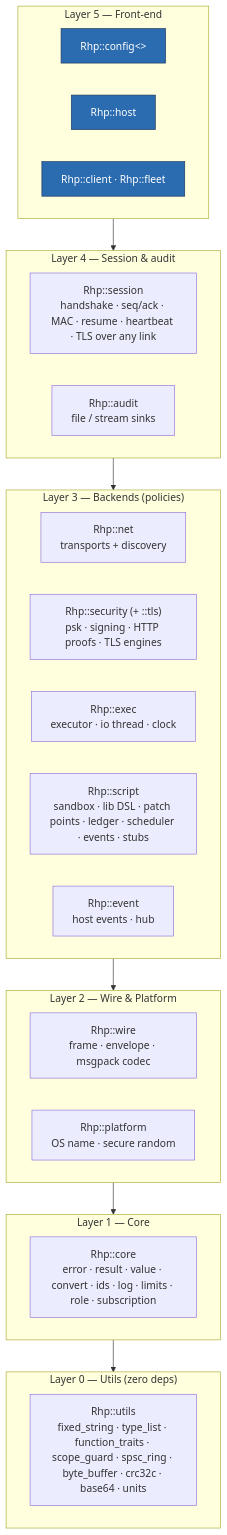
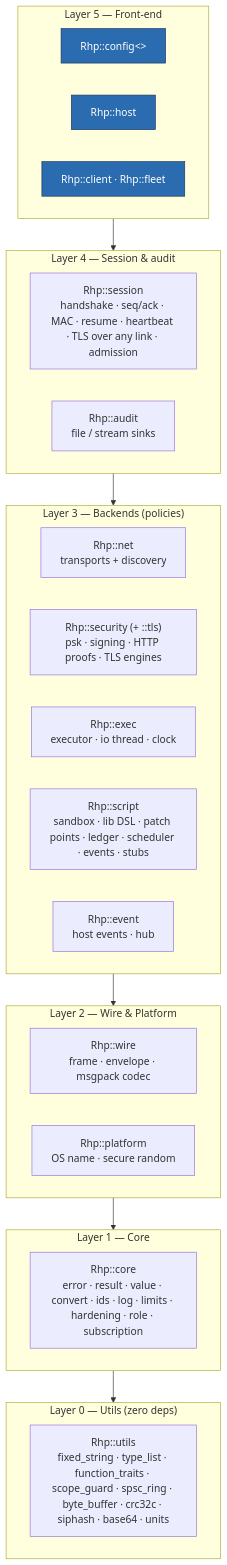
One commit to tonytranrp/RHP changed the second of 14 diagrams in Docs/ARCHITECTURE.md. Above: the diagram before and after it, drawn with Mermaid. The commit also changed other lines of this file and 4 other files, not shown here.

````diff
--- a/Docs/ARCHITECTURE.md
+++ b/Docs/ARCHITECTURE.md
@@ -71,31 +71,31 @@
 ```mermaid
 flowchart TB
     subgraph L5["Layer 5 — Front-end"]
         CONFIG["Rhp::config&lt;&gt;"]:::fe
         HOST["Rhp::host"]:::fe
         CLIENT["Rhp::client · Rhp::fleet"]:::fe
     end
     subgraph L4["Layer 4 — Session & audit"]
-        SESS["Rhp::session<br/>handshake · seq/ack · MAC · resume · heartbeat · TLS over any link"]
+        SESS["Rhp::session<br/>handshake · seq/ack · MAC · resume · heartbeat · TLS over any link · admission"]
         AUD["Rhp::audit<br/>file / stream sinks"]
     end
     subgraph L3["Layer 3 — Backends (policies)"]
         NETL["Rhp::net<br/>transports + discovery"]
         SEC["Rhp::security (+ ::tls)<br/>psk · signing · HTTP proofs · TLS engines"]
         EXEC["Rhp::exec<br/>executor · io thread · clock"]
         SCRIPT["Rhp::script<br/>sandbox · lib DSL · patch points · ledger · scheduler · events · stubs"]
         EVT["Rhp::event<br/>host events · hub"]
     end
     subgraph L2["Layer 2 — Wire & Platform"]
         WIRE["Rhp::wire<br/>frame · envelope · msgpack codec"]
         PLAT["Rhp::platform<br/>OS name · secure random"]
     end
     subgraph L1["Layer 1 — Core"]
-        CORE["Rhp::core<br/>error · result · value · convert · ids · log · limits · role · subscription"]
+        CORE["Rhp::core<br/>error · result · value · convert · ids · log · limits · hardening · role · subscription"]
     end
     subgraph L0["Layer 0 — Utils (zero deps)"]
-        UT["Rhp::utils<br/>fixed_string · type_list · function_traits · scope_guard · spsc_ring · byte_buffer · crc32c · base64 · units"]
+        UT["Rhp::utils<br/>fixed_string · type_list · function_traits · scope_guard · spsc_ring · byte_buffer · crc32c · siphash · base64 · units"]
     end
     L5 --> L4 --> L3 --> L2 --> L1 --> L0
     classDef fe fill:#2b6cb0,color:#fff,stroke:#1a365d
 ```
````
